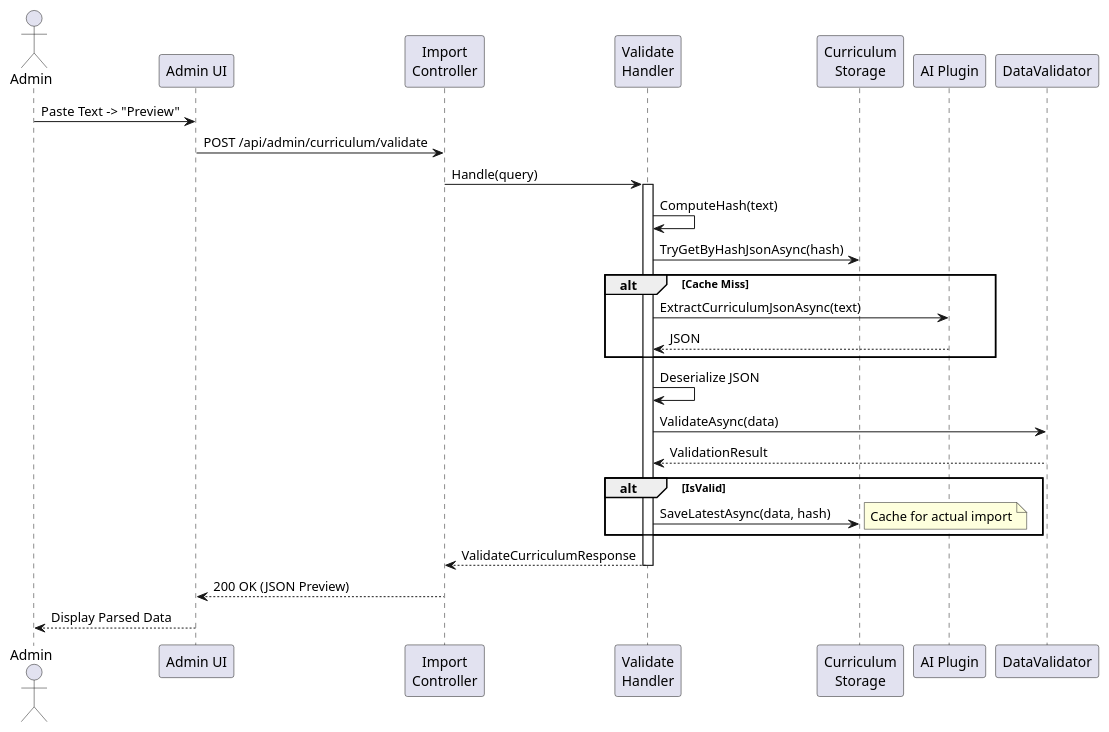
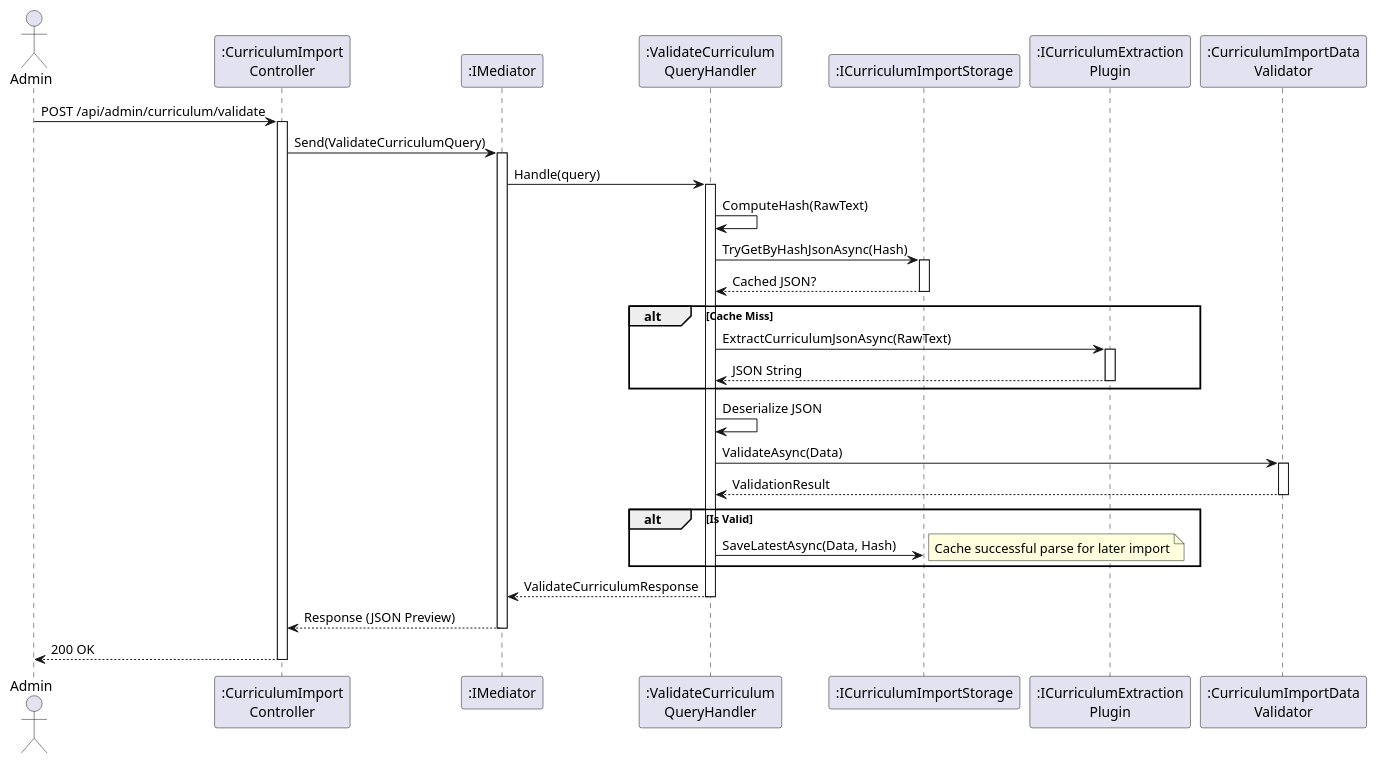
The diagram in docs/srs/diagrams/sequence-diagram/admin-curriculum-program/validate-curriculum-seq.puml (FA25SE050-RogueLearn/RogueLearn.BMAD.Documentation), drawn with PlantUML before and after one commit. The commit also changed other lines of this file and 21 other files, not shown here.

```diff
--- a/docs/srs/diagrams/sequence-diagram/admin-curriculum-program/validate-curriculum-seq.puml
+++ b/docs/srs/diagrams/sequence-diagram/admin-curriculum-program/validate-curriculum-seq.puml
@@ -2,39 +1,55 @@
 @startuml
 actor Admin
-participant "Admin UI" as UI
-participant "Import\nController" as Controller
-participant "Validate\nHandler" as Handler
-participant "Curriculum\nStorage" as Cache
-participant "AI Plugin" as AI
-participant "DataValidator" as Val
+participant ":CurriculumImport\nController" as Controller
+participant ":IMediator" as Med
+participant ":ValidateCurriculum\nQueryHandler" as Handler
+participant ":ICurriculumImportStorage" as Cache
+participant ":ICurriculumExtraction\nPlugin" as AIPlugin
+participant ":CurriculumImportData\nValidator" as Validator
 
-Admin -> UI : Paste Text -> "Preview"
-UI -> Controller : POST /api/admin/curriculum/validate
-Controller -> Handler : Handle(query)
+Admin -> Controller : POST /api/admin/curriculum/validate
+activate Controller
 
+Controller -> Med : Send(ValidateCurriculumQuery)
+activate Med
+
+Med -> Handler : Handle(query)
 activate Handler
-    Handler -> Handler : ComputeHash(text)
-    
-    Handler -> Cache : TryGetByHashJsonAsync(hash)
-    
-    alt Cache Miss
-        Handler -> AI : ExtractCurriculumJsonAsync(text)
-        AI --> Handler : JSON
-    end
-    
-    Handler -> Handler : Deserialize JSON
-    
-    Handler -> Val : ValidateAsync(data)
-    Val --> Handler : ValidationResult
-    
-    alt IsValid
-        Handler -> Cache : SaveLatestAsync(data, hash)
-        note right: Cache for actual import
-    end
-    
-    Handler --> Controller : ValidateCurriculumResponse
+
+' 1. Check Cache
+Handler -> Handler : ComputeHash(RawText)
+Handler -> Cache : TryGetByHashJsonAsync(Hash)
+activate Cache
+Cache --> Handler : Cached JSON?
+deactivate Cache
+
+alt Cache Miss
+    ' 2. AI Extraction
+    Handler -> AIPlugin : ExtractCurriculumJsonAsync(RawText)
+    activate AIPlugin
+    AIPlugin --> Handler : JSON String
+    deactivate AIPlugin
+end
+
+' 3. Parse & Validate
+Handler -> Handler : Deserialize JSON
+Handler -> Validator : ValidateAsync(Data)
+activate Validator
+Validator --> Handler : ValidationResult
+deactivate Validator
+
+' 4. Cache Result
+alt Is Valid
+    Handler -> Cache : SaveLatestAsync(Data, Hash)
+    note right: Cache successful parse for later import
+end
+
+Handler --> Med : ValidateCurriculumResponse
 deactivate Handler
 
-Controller --> UI : 200 OK (JSON Preview)
-UI --> Admin : Display Parsed Data
+Med --> Controller : Response (JSON Preview)
+deactivate Med
+
+Controller --> Admin : 200 OK
+deactivate Controller
 @enduml
```
